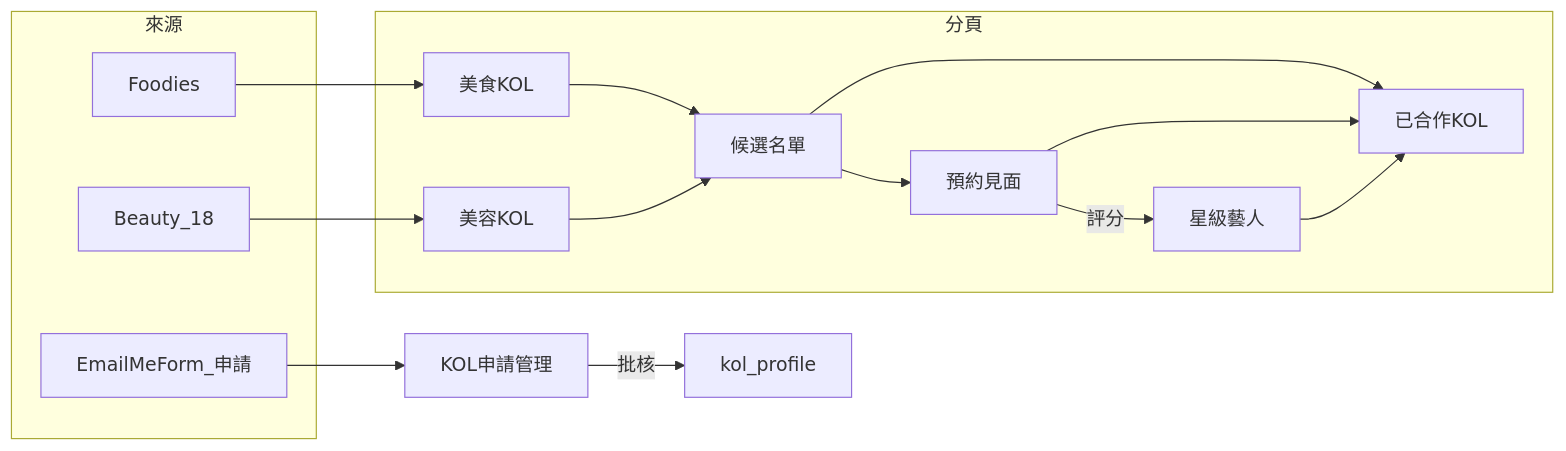
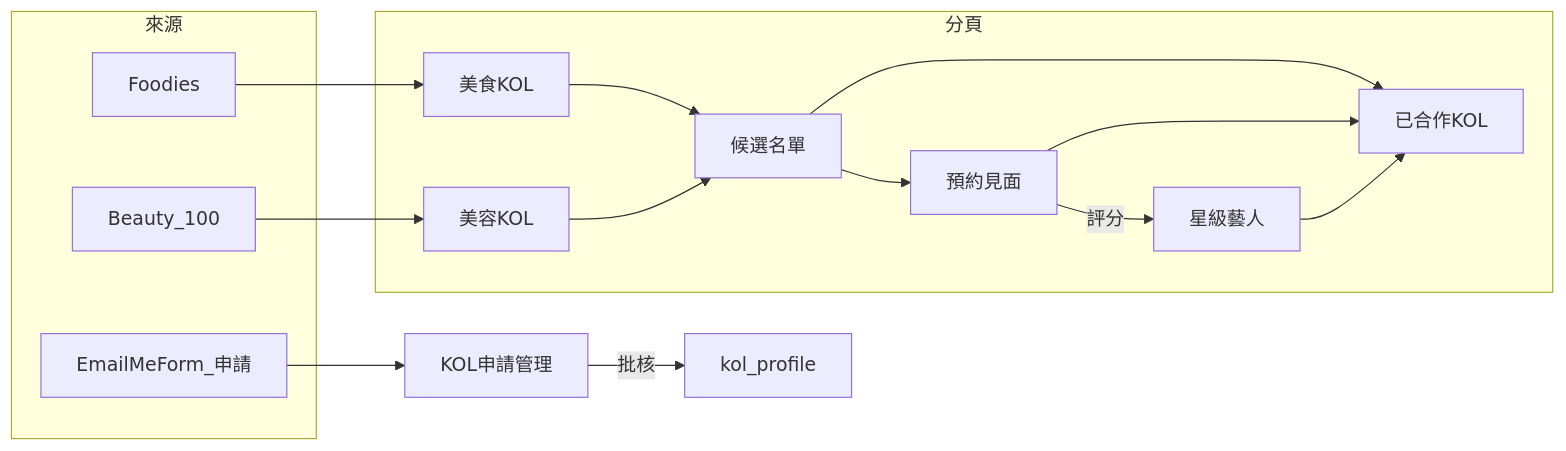
One commit to chifung-BWSolution/MPS changed the diagram in docs/KOL-模組需求.md. Above: the diagram before and after it, drawn with Mermaid. The commit also changed other lines of this file, not shown here.

First line of the commit message:
docs(kol): record product decisions on list retention and beauty category

````diff
--- a/docs/KOL-模組需求.md
+++ b/docs/KOL-模組需求.md
@@ -105,27 +105,27 @@
 ```mermaid
 flowchart LR
   subgraph sources [來源]
     Foodies[Foodies]
-    Beauty18[Beauty_18]
+    Beauty100[Beauty_100]
     EmailForm[EmailMeForm_申請]
   end
   subgraph pages [分頁]
     Food[美食KOL]
     Beauty[美容KOL]
     Shortlist[候選名單]
     Meet[預約見面]
     Coop[已合作KOL]
     Star[星級藝人]
   end
   Foodies --> Food
-  Beauty18 --> Beauty
+  Beauty100 --> Beauty
   EmailForm --> Apply[KOL申請管理]
   Apply -->|批核| Profile[kol_profile]
   Food --> Shortlist
   Beauty --> Shortlist
   Shortlist --> Meet
   Meet -->|評分| Star
   Shortlist --> Coop
   Meet --> Coop
   Star --> Coop
 ```
````
